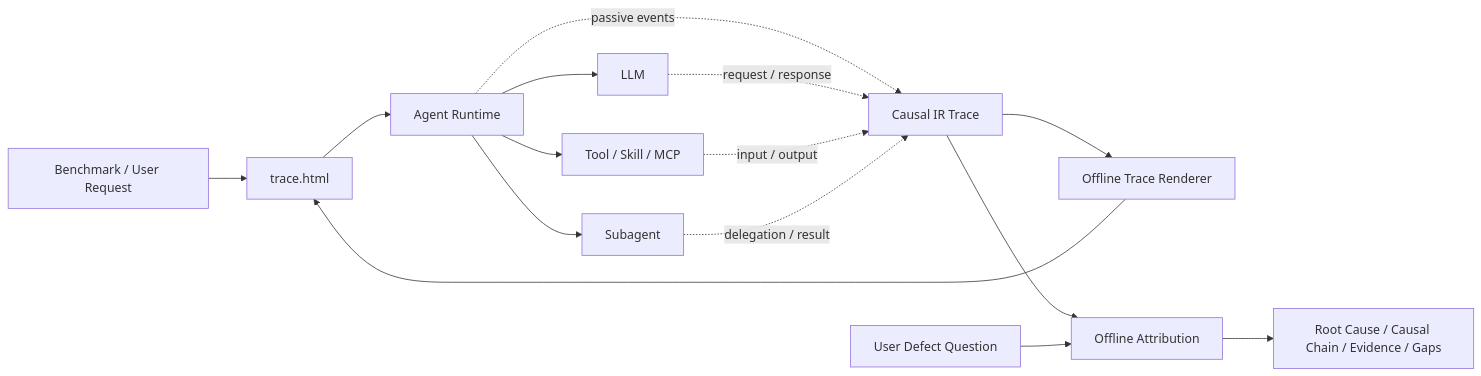
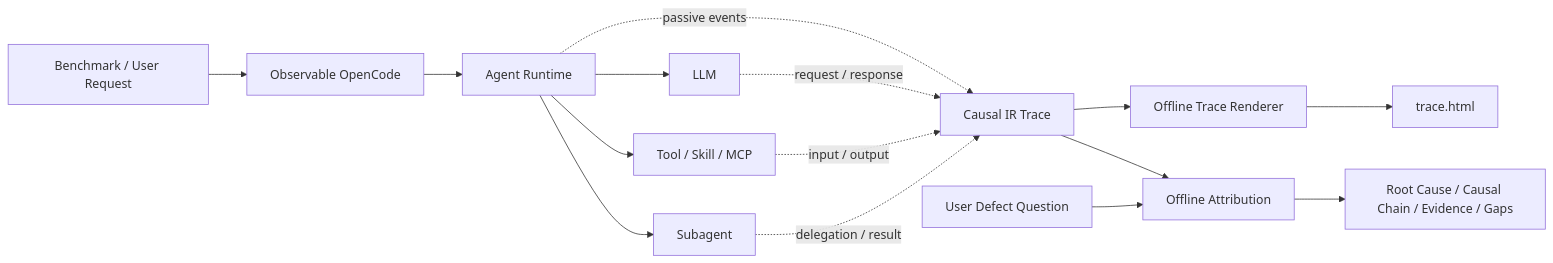
Before and after one commit to zyscoder/observable-opencode: the diagram in README.md, drawn with Mermaid. The commit also changed other lines of this file and 8 other files, not shown here.

````diff
--- a/README.md
+++ b/README.md
@@ -19,17 +19,17 @@
 ```mermaid
 flowchart LR
     B["Benchmark / User Request"] --> H["Observable OpenCode"]
     H --> A["Agent Runtime"]
     A --> L["LLM"]
     A --> T["Tool / Skill / MCP"]
     A --> S["Subagent"]
     A -. "passive events" .-> C["Causal IR Trace"]
     L -. "request / response" .-> C
     T -. "input / output" .-> C
     S -. "delegation / result" .-> C
     C --> V["Offline Trace Renderer"]
-    V --> H["trace.html"]
+    V --> HT["trace.html"]
     C --> R["Offline Attribution"]
     Q["User Defect Question"] --> R
     R --> O["Root Cause / Causal Chain / Evidence / Gaps"]
 ```
````
